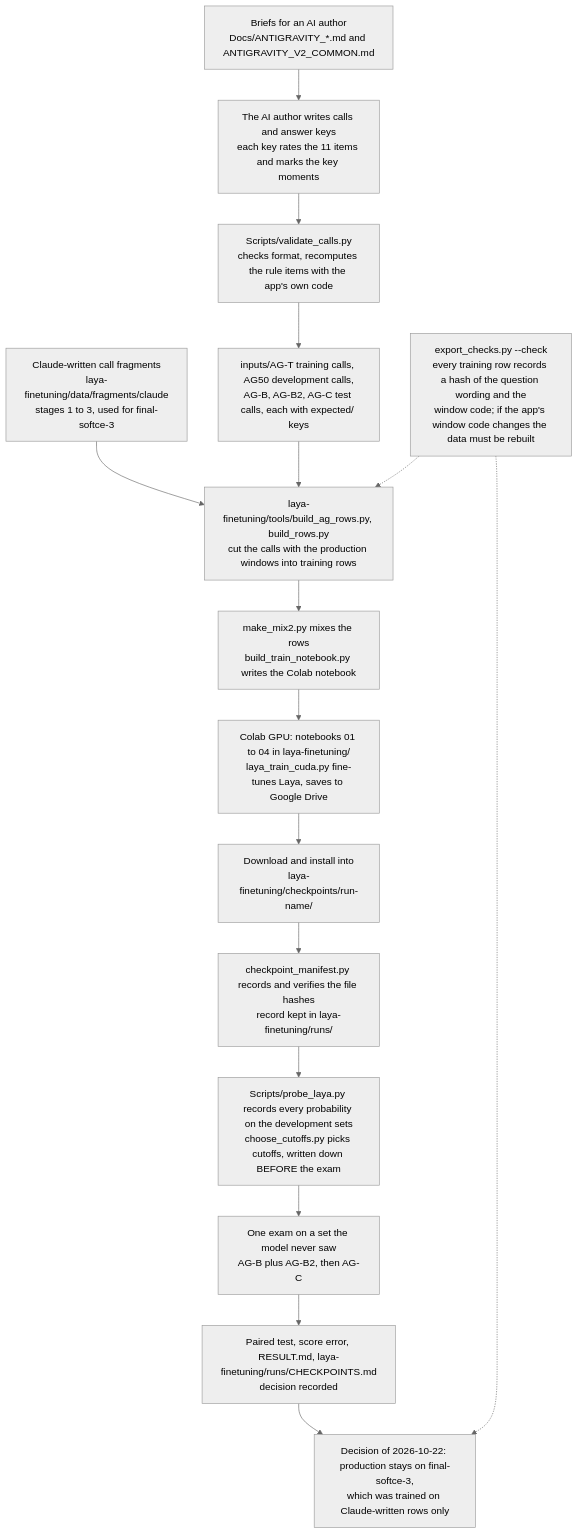
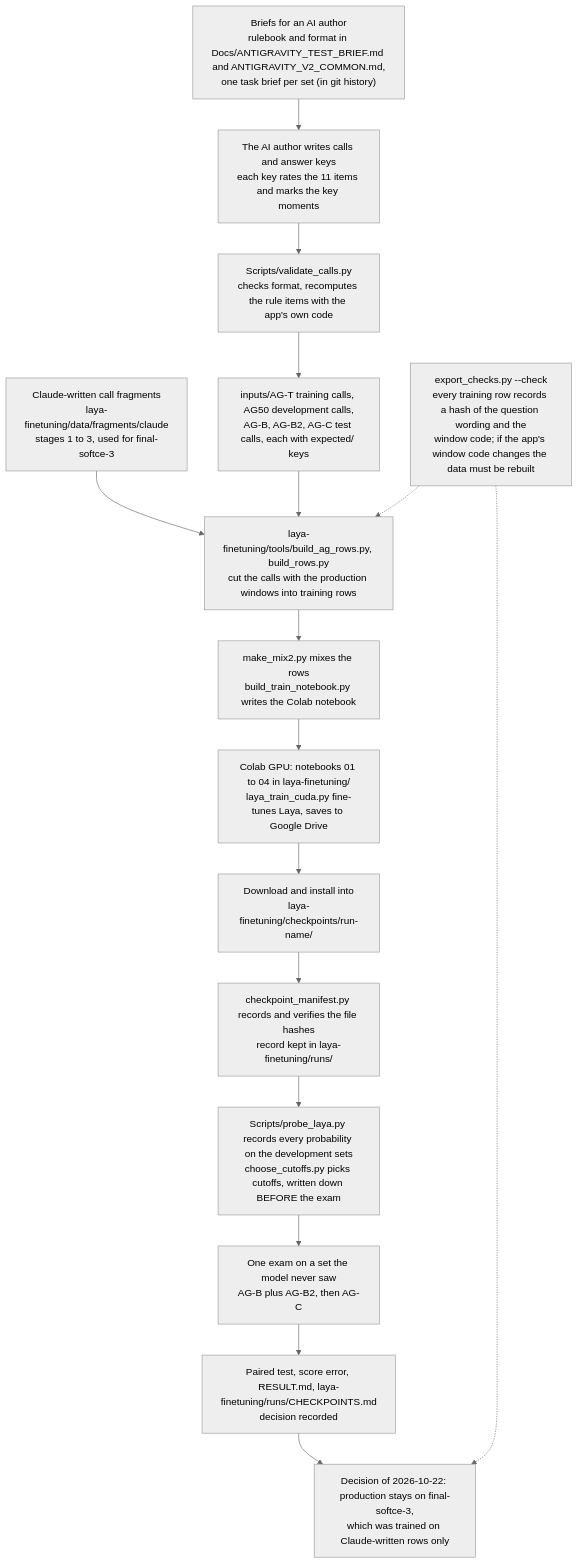
Diagram 11 of 11 in Docs/FLOW_DIAGRAMS.md (nimjj/QA-system), drawn with Mermaid (neutral theme) before and after one commit. The commit also changed other lines of this file and 24 other files, not shown here.

````diff
--- a/Docs/FLOW_DIAGRAMS.md
+++ b/Docs/FLOW_DIAGRAMS.md
@@ -369,18 +369,18 @@
 ```mermaid
 flowchart TD
     A0["Claude-written call fragments<br/>laya-finetuning/data/fragments/claude<br/>stages 1 to 3, used for final-softce-3"] --> E
-    A["Briefs for an AI author<br/>Docs/ANTIGRAVITY_*.md and ANTIGRAVITY_V2_COMMON.md"] --> B["The AI author writes calls and answer keys<br/>each key rates the 11 items and marks the key moments"]
+    A["Briefs for an AI author<br/>rulebook and format in Docs/ANTIGRAVITY_TEST_BRIEF.md and ANTIGRAVITY_V2_COMMON.md,<br/>one task brief per set (in git history)"] --> B["The AI author writes calls and answer keys<br/>each key rates the 11 items and marks the key moments"]
     B --> C["Scripts/validate_calls.py<br/>checks format, recomputes the rule items with the app's own code"]
     C --> D["inputs/AG-T training calls, AG50 development calls,<br/>AG-B, AG-B2, AG-C test calls, each with expected/ keys"]
     D --> E["laya-finetuning/tools/build_ag_rows.py, build_rows.py<br/>cut the calls with the production windows into training rows"]
     E --> F["make_mix2.py mixes the rows<br/>build_train_notebook.py writes the Colab notebook"]
     F --> G["Colab GPU: notebooks 01 to 04 in laya-finetuning/<br/>laya_train_cuda.py fine-tunes Laya, saves to Google Drive"]
     G --> H["Download and install into<br/>laya-finetuning/checkpoints/run-name/"]
     H --> I["checkpoint_manifest.py records and verifies the file hashes<br/>record kept in laya-finetuning/runs/"]
     I --> J["Scripts/probe_laya.py records every probability on the development sets<br/>choose_cutoffs.py picks cutoffs, written down BEFORE the exam"]
     J --> K["One exam on a set the model never saw<br/>AG-B plus AG-B2, then AG-C"]
     K --> L["Paired test, score error, RESULT.md, laya-finetuning/runs/CHECKPOINTS.md<br/>decision recorded"]
     L --> M["Decision of 2026-10-22: production stays on final-softce-3,<br/>which was trained on Claude-written rows only"]
     Z["export_checks.py --check<br/>every training row records a hash of the question wording and the<br/>window code; if the app's window code changes the data must be rebuilt"] -.-> E
     Z -.-> M
 ```
````
